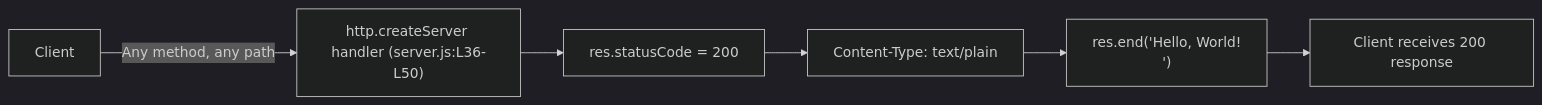
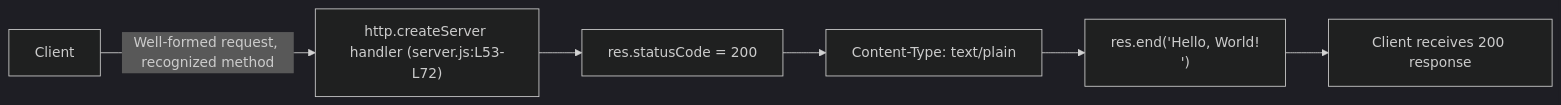
One commit to lakshya-blitzy/branch_lock_testing_ABK_4708 changed the first of 2 diagrams in README.md. Above: the diagram before and after it, drawn with Mermaid (dark theme). The commit also changed other lines of this file and 1 other file, not shown here.

````diff
--- a/README.md
+++ b/README.md
@@ -158,8 +175,8 @@
 ```mermaid
 flowchart LR
-    A[Client] -->|"Any method, any path"| B["http.createServer handler (server.js:L36-L50)"]
+    A[Client] -->|"Well-formed request, recognized method"| B["http.createServer handler (server.js:L53-L72)"]
     B --> C["res.statusCode = 200"]
     C --> D["Content-Type: text/plain"]
     D --> E["res.end('Hello, World!\n')"]
     E --> F[Client receives 200 response]
 ```
````
